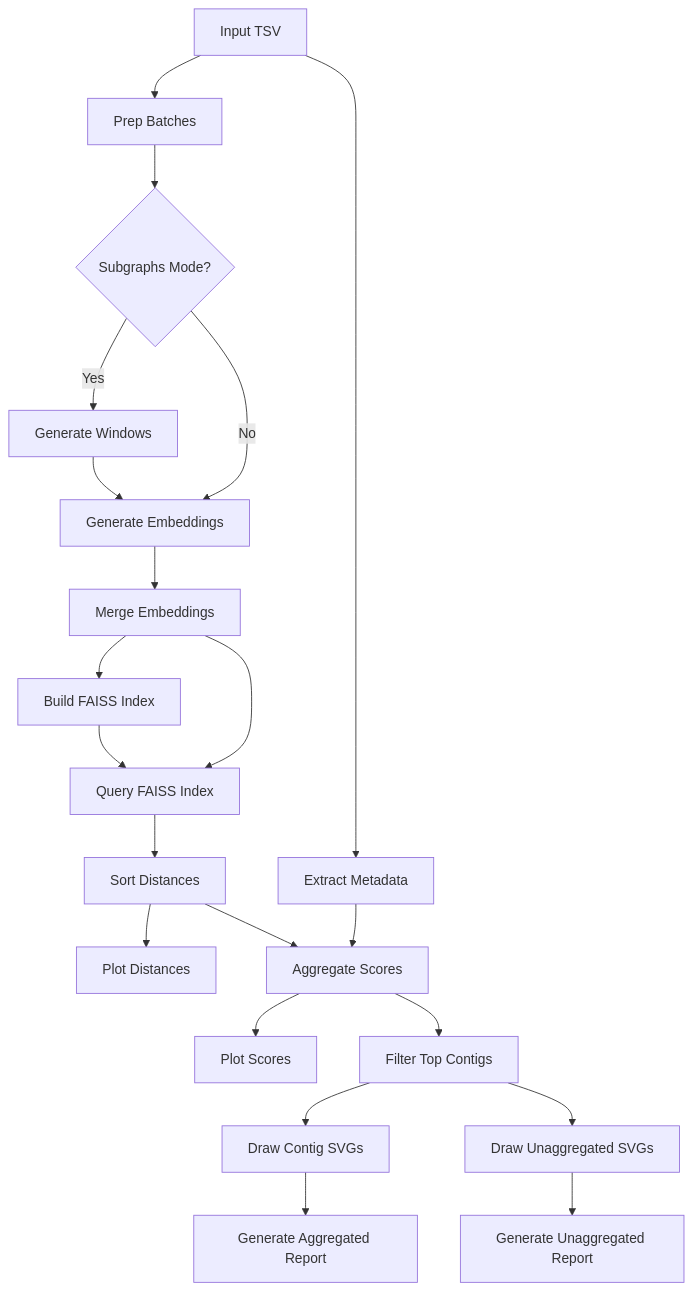
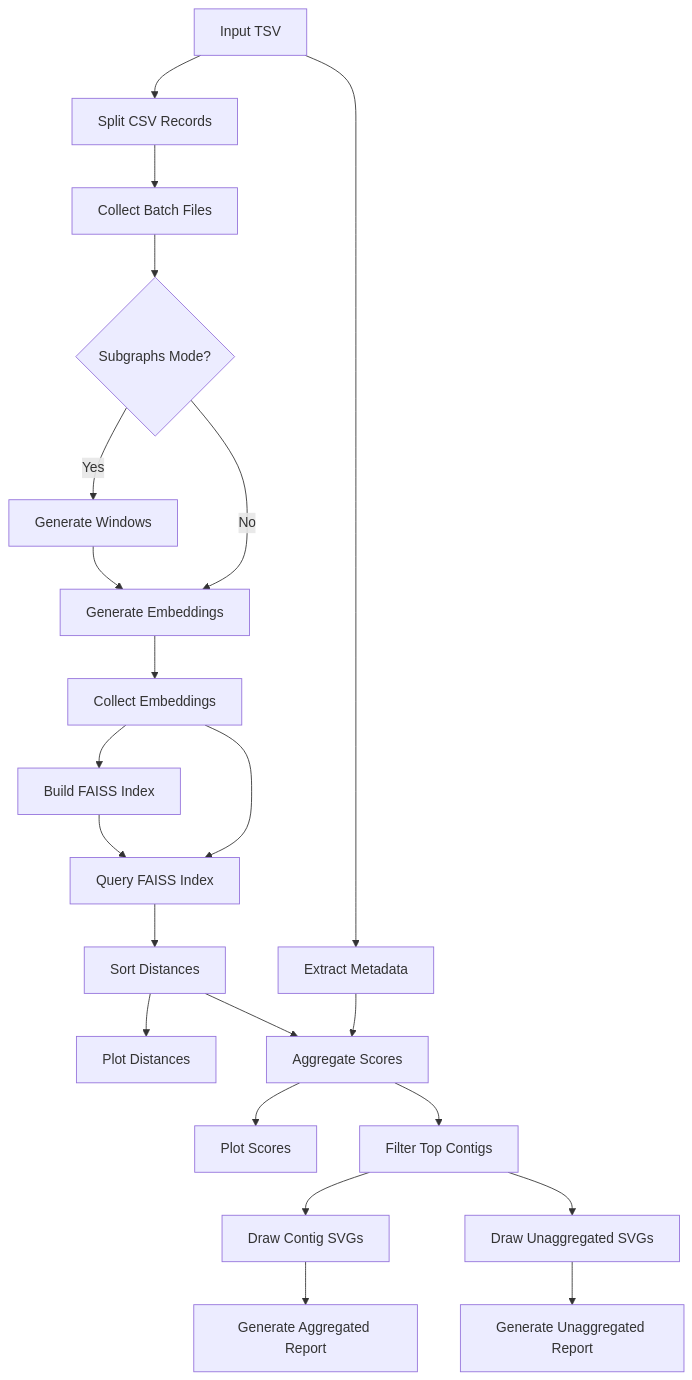
The diagram in README.md (nicoaira/GINflow), drawn with Mermaid before and after one commit. The commit also changed other lines of this file and 1 other file, not shown here.

Commit message:
refactor to use splitCsv and collectFile for batch processing

````diff
--- a/README.md
+++ b/README.md
@@ -28,23 +28,24 @@
 ```mermaid
 graph TD
     A[Input TSV] --> B[Extract Metadata]
-    A --> C[Prep Batches]
-    C --> D{Subgraphs Mode?}
-    D -->|Yes| E[Generate Windows]
-    D -->|No| F[Generate Embeddings]
-    E --> F
-    F --> G[Merge Embeddings]
-    G --> H[Build FAISS Index]
-    G --> I[Query FAISS Index]
-    H --> I
-    I --> J[Sort Distances]
-    J --> K[Plot Distances]
-    B --> L[Aggregate Scores]
-    J --> L
-    L --> M[Plot Scores]
-    L --> N[Filter Top Contigs]
-    N --> O[Draw Contig SVGs]
-    N --> P[Draw Unaggregated SVGs]
-    O --> Q[Generate Aggregated Report]
-    P --> R[Generate Unaggregated Report]
+    A --> C[Split CSV Records]
+    C --> D[Collect Batch Files]
+    D --> E{Subgraphs Mode?}
+    E -->|Yes| F[Generate Windows]
+    E -->|No| G[Generate Embeddings]
+    F --> G
+    G --> H[Collect Embeddings]
+    H --> I[Build FAISS Index]
+    H --> J[Query FAISS Index]
+    I --> J
+    J --> K[Sort Distances]
+    K --> L[Plot Distances]
+    B --> M[Aggregate Scores]
+    K --> M
+    M --> N[Plot Scores]
+    M --> O[Filter Top Contigs]
+    O --> P[Draw Contig SVGs]
+    O --> Q[Draw Unaggregated SVGs]
+    P --> R[Generate Aggregated Report]
+    Q --> S[Generate Unaggregated Report]
 ```
````
